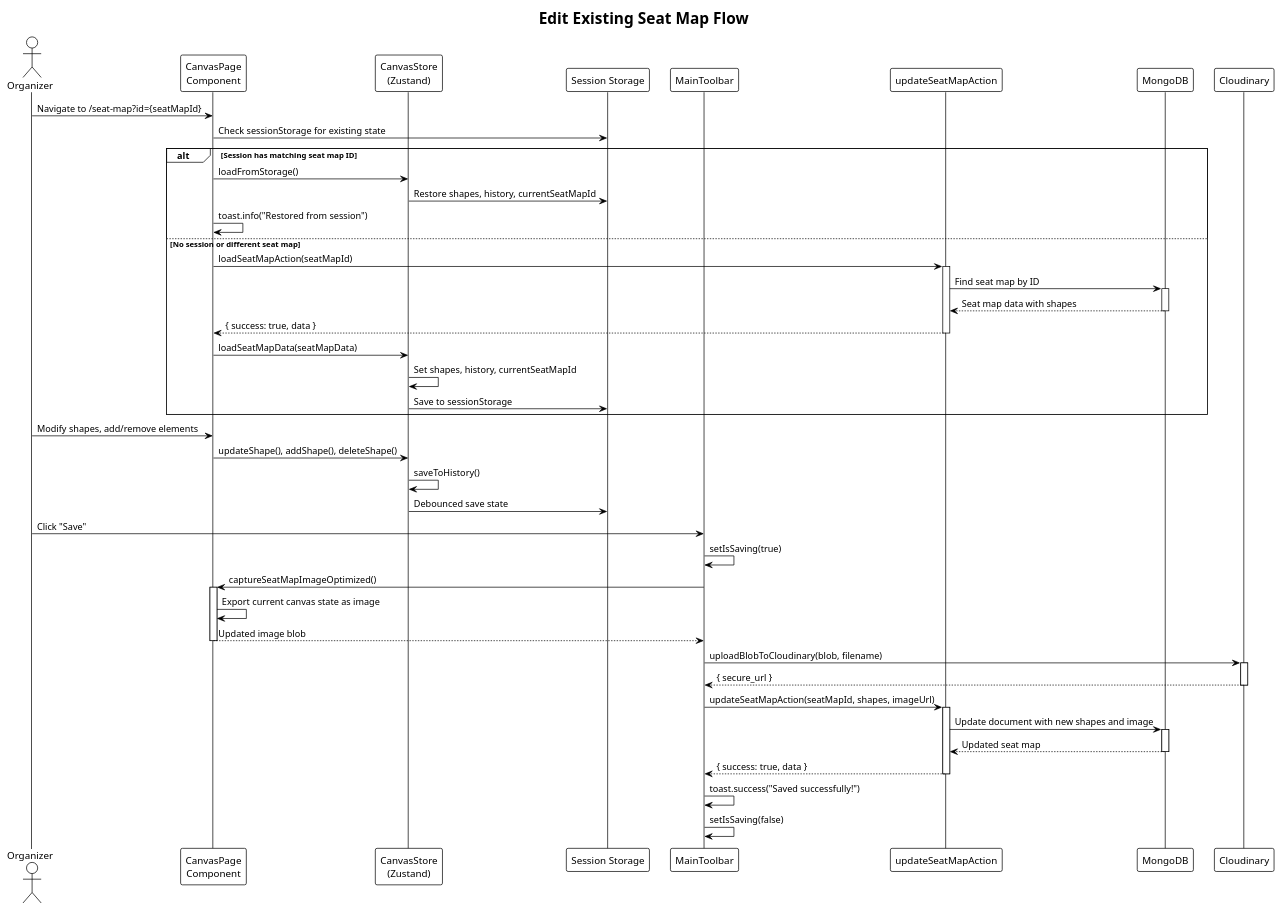
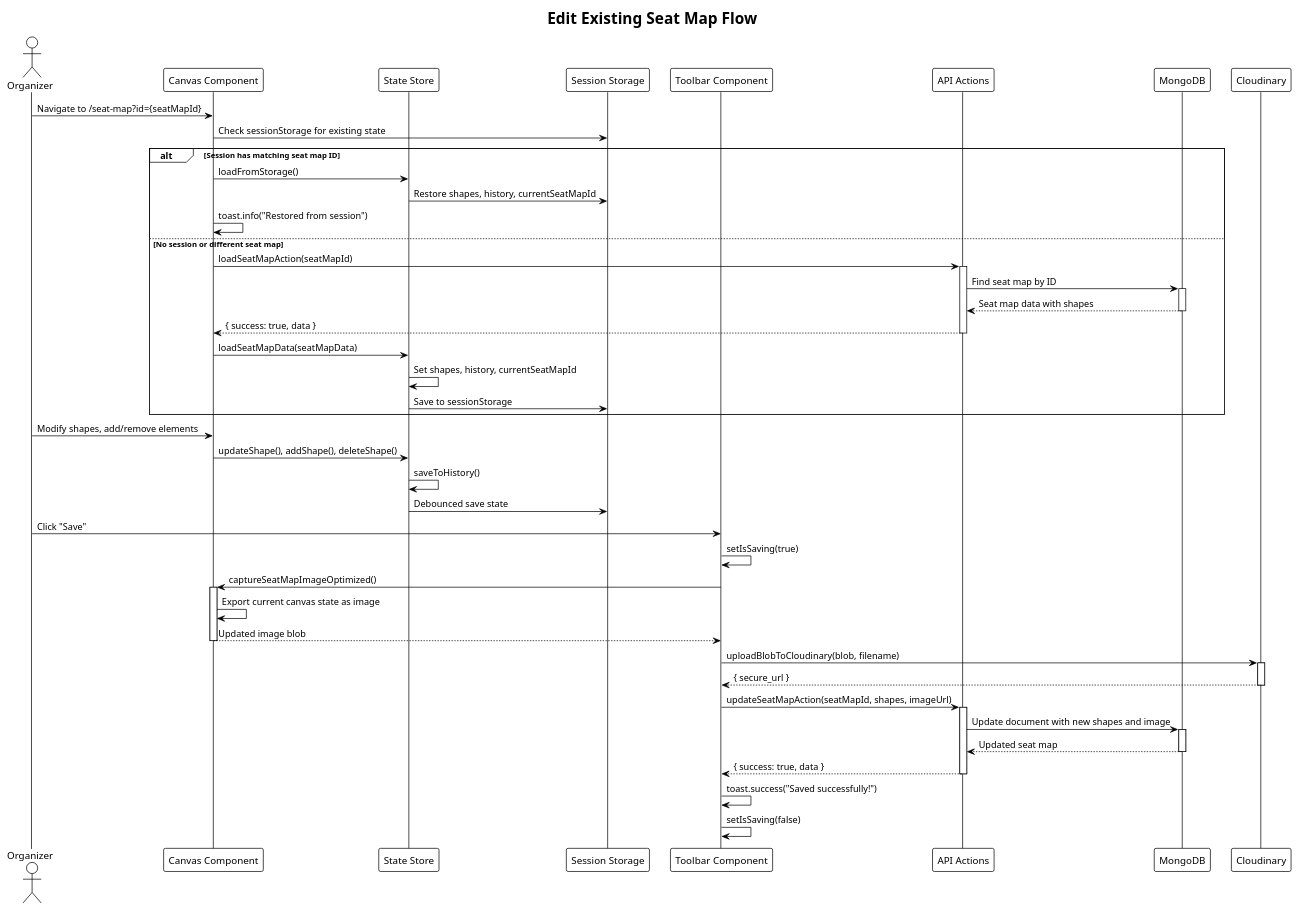
Before and after one commit to VieTicket/vieticket-monorepo: the third of 5 diagrams in puml/seat-map.puml, drawn with PlantUML. The commit also changed other lines of this file and 4 other files, not shown here.

Commit message:
[OPS-28] seq diagram for seatmap

```diff
--- a/puml/seat-map.puml
+++ b/puml/seat-map.puml
@@ -151,72 +149,72 @@
 @startuml edit-existing-seat-map
 !theme plain
 title Edit Existing Seat Map Flow
 
 actor Organizer
-participant "CanvasPage\nComponent" as Canvas
-participant "CanvasStore\n(Zustand)" as Store
+participant "Canvas Component" as Canvas
+participant "State Store" as Store
 participant "Session Storage" as Session
-participant "MainToolbar" as Toolbar
-participant "updateSeatMapAction" as UpdateAction
+participant "Toolbar Component" as Toolbar
+participant "API Actions" as Actions
 participant "MongoDB" as MongoDB
 participant "Cloudinary" as Cloud
 
 Organizer -> Canvas: Navigate to /seat-map?id={seatMapId}
 
 Canvas -> Session: Check sessionStorage for existing state
 
 alt Session has matching seat map ID
     Canvas -> Store: loadFromStorage()
     Store -> Session: Restore shapes, history, currentSeatMapId
     Canvas -> Canvas: toast.info("Restored from session")
 else No session or different seat map
-    Canvas -> UpdateAction: loadSeatMapAction(seatMapId)
-    activate UpdateAction
+    Canvas -> Actions: loadSeatMapAction(seatMapId)
+    activate Actions
     
-    UpdateAction -> MongoDB: Find seat map by ID
+    Actions -> MongoDB: Find seat map by ID
     activate MongoDB
-    MongoDB --> UpdateAction: Seat map data with shapes
+    MongoDB --> Actions: Seat map data with shapes
     deactivate MongoDB
     
-    UpdateAction --> Canvas: { success: true, data }
-    deactivate UpdateAction
+    Actions --> Canvas: { success: true, data }
+    deactivate Actions
     
     Canvas -> Store: loadSeatMapData(seatMapData)
     Store -> Store: Set shapes, history, currentSeatMapId
     Store -> Session: Save to sessionStorage
 end
 
 Organizer -> Canvas: Modify shapes, add/remove elements
 Canvas -> Store: updateShape(), addShape(), deleteShape()
 Store -> Store: saveToHistory()
 Store -> Session: Debounced save state
 
 Organizer -> Toolbar: Click "Save"
 Toolbar -> Toolbar: setIsSaving(true)
 
 Toolbar -> Canvas: captureSeatMapImageOptimized()
 activate Canvas
 Canvas -> Canvas: Export current canvas state as image
 Canvas --> Toolbar: Updated image blob
 deactivate Canvas
 
 Toolbar -> Cloud: uploadBlobToCloudinary(blob, filename)
 activate Cloud
 Cloud --> Toolbar: { secure_url }
 deactivate Cloud
 
-Toolbar -> UpdateAction: updateSeatMapAction(seatMapId, shapes, imageUrl)
-activate UpdateAction
+Toolbar -> Actions: updateSeatMapAction(seatMapId, shapes, imageUrl)
+activate Actions
 
-UpdateAction -> MongoDB: Update document with new shapes and image
+Actions -> MongoDB: Update document with new shapes and image
 activate MongoDB
-MongoDB --> UpdateAction: Updated seat map
+MongoDB --> Actions: Updated seat map
 deactivate MongoDB
 
-UpdateAction --> Toolbar: { success: true, data }
-deactivate UpdateAction
+Actions --> Toolbar: { success: true, data }
+deactivate Actions
 
 Toolbar -> Toolbar: toast.success("Saved successfully!")
 Toolbar -> Toolbar: setIsSaving(false)
 
 @enduml
```
